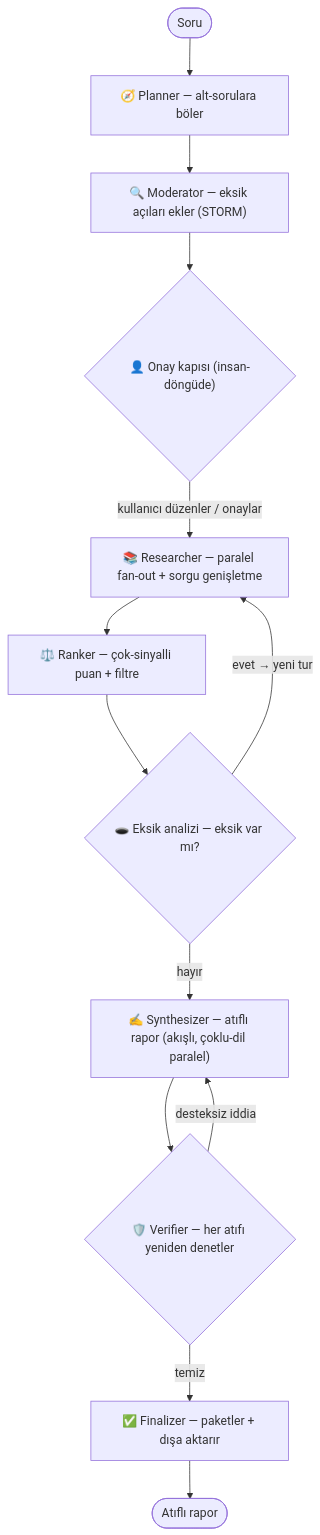
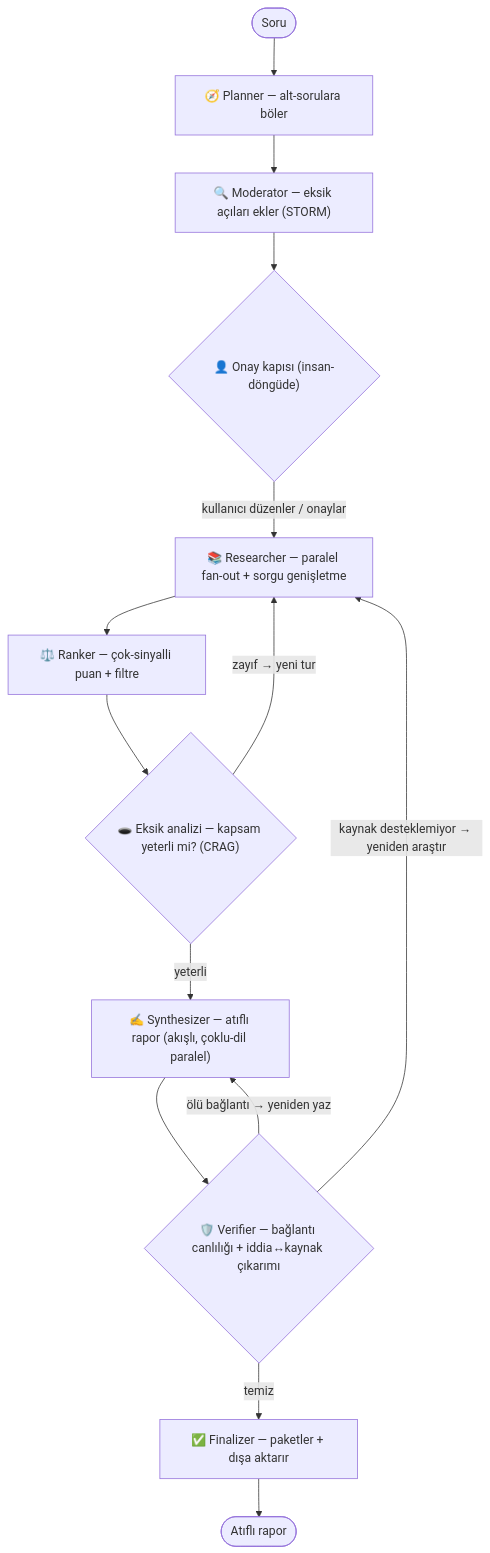
Before and after one commit to FurkanSahinnn/advanced-web-search: the diagram in README.tr.md, drawn with Mermaid. The commit also changed other lines of this file and 3 other files, not shown here.

````diff
--- a/README.tr.md
+++ b/README.tr.md
@@ -147,15 +151,16 @@
 ```mermaid
 flowchart TD
   Q(["Soru"]) --> P["🧭 Planner — alt-sorulara böler"]
   P --> M["🔍 Moderator — eksik açıları ekler (STORM)"]
   M --> A{"👤 Onay kapısı (insan-döngüde)"}
   A -->|"kullanıcı düzenler / onaylar"| R["📚 Researcher — paralel fan-out + sorgu genişletme"]
   R --> RK["⚖️ Ranker — çok-sinyalli puan + filtre"]
-  RK --> G{"🕳️ Eksik analizi — eksik var mı?"}
-  G -->|"evet → yeni tur"| R
-  G -->|"hayır"| SY["✍️ Synthesizer — atıflı rapor (akışlı, çoklu-dil paralel)"]
-  SY --> V{"🛡️ Verifier — her atıfı yeniden denetler"}
-  V -->|"desteksiz iddia"| SY
+  RK --> G{"🕳️ Eksik analizi — kapsam yeterli mi? (CRAG)"}
+  G -->|"zayıf → yeni tur"| R
+  G -->|"yeterli"| SY["✍️ Synthesizer — atıflı rapor (akışlı, çoklu-dil paralel)"]
+  SY --> V{"🛡️ Verifier — bağlantı canlılığı + iddia↔kaynak çıkarımı"}
+  V -->|"ölü bağlantı → yeniden yaz"| SY
+  V -->|"kaynak desteklemiyor → yeniden araştır"| R
   V -->|"temiz"| F["✅ Finalizer — paketler + dışa aktarır"]
   F --> E(["Atıflı rapor"])
 ```
````
